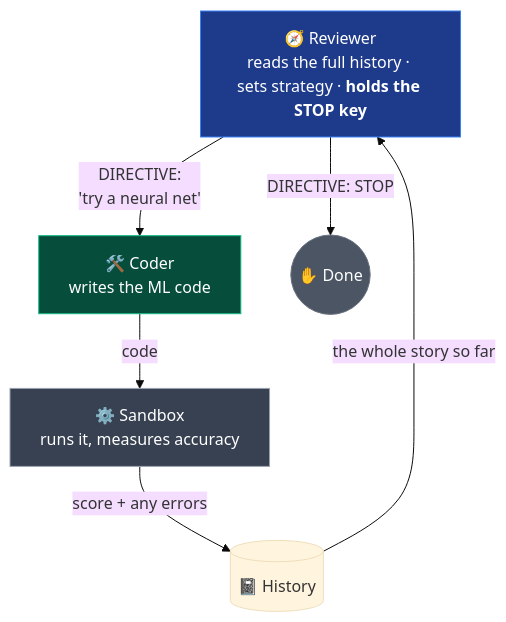
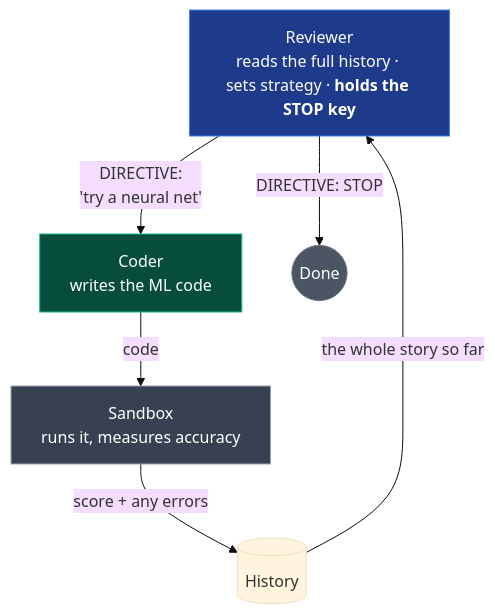
One commit to m4vic/Autopilot-zero-to-hero changed the first of 2 diagrams in book/04-fixing-it-with-teams.md. Above: the diagram before and after it, drawn with Mermaid (base theme). The commit also changed other lines of this file and 15 other files, not shown here.

````diff
--- a/book/04-fixing-it-with-teams.md
+++ b/book/04-fixing-it-with-teams.md
@@ -32,13 +32,13 @@
 ```mermaid
-flowchart TB
-    R["🧭 Reviewer<br/>reads the full history · sets strategy · <b>holds the STOP key</b>"] -->|"DIRECTIVE:<br/>'try a neural net'"| C["🛠️ Coder<br/>writes the ML code"]
-    C -->|"code"| E["⚙️ Sandbox<br/>runs it, measures accuracy"]
-    E -->|"score + any errors"| H[("📓 History")]
+    flowchart TB
+    R["Reviewer<br/>reads the full history · sets strategy · <b>holds the STOP key</b>"] -->|"DIRECTIVE:<br/>'try a neural net'"| C["Coder<br/>writes the ML code"]
+    C -->|"code"| E["Sandbox<br/>runs it, measures accuracy"]
+    E -->|"score + any errors"| H[("History")]
     H -->|"the whole story so far"| R
-    R -->|"DIRECTIVE: STOP"| D((✋ Done))
+    R -->|"DIRECTIVE: STOP"| D((Done))
 
     style R fill:#1e3a8a,stroke:#3b82f6,color:#fff
     style C fill:#064e3b,stroke:#10b981,color:#fff
     style E fill:#374151,stroke:#9ca3af,color:#fff
     style D fill:#4b5563,stroke:#6b7280,color:#fff
 ```
````
